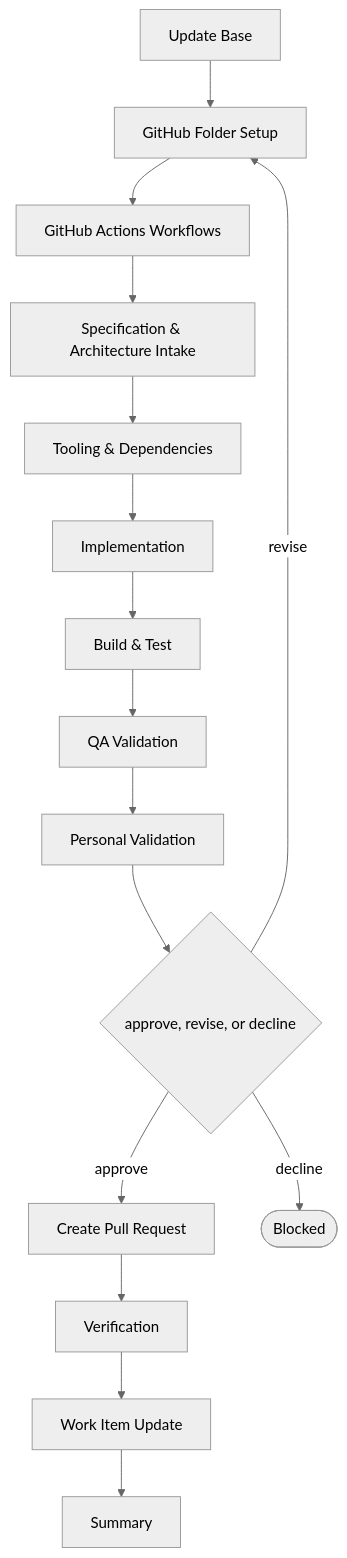
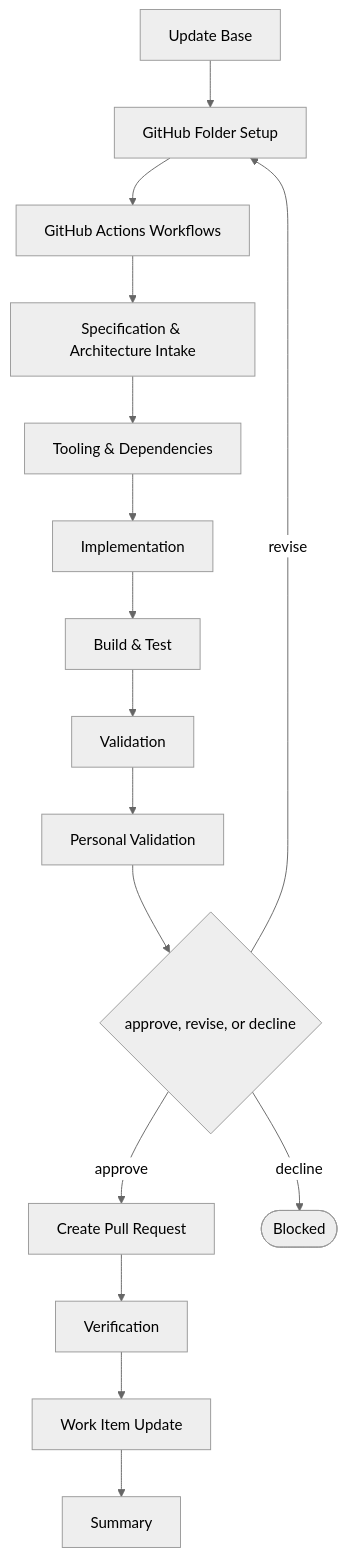
Before and after one commit to JSdotNet/devbook: the diagram in .devbook/domain/delivery/flow.flow-project.md, drawn with Mermaid (neutral theme). The commit also changed 37 other files, not shown here.

````diff
--- a/.devbook/domain/delivery/flow.flow-project.md
+++ b/.devbook/domain/delivery/flow.flow-project.md
@@ -14,32 +14,32 @@
 ```mermaid
 flowchart TD
     base["Update Base"]
     s0["GitHub Folder Setup"]
     s1["GitHub Actions Workflows"]
     s2["Specification & Architecture Intake"]
     s3["Tooling & Dependencies"]
     s4["Implementation"]
     c0["Build & Test"]
-    c1["QA Validation"]
+    c1["Validation"]
     c2["Personal Validation"]
 
     base --> s0
     s0 --> s1
     s1 --> s2
     s2 --> s3
     s3 --> s4
     s4 --> c0
     c0 --> c1
     c1 --> c2
     c2 --> g{"approve, revise, or decline"}
     t0["Create Pull Request"]
     t1["Verification"]
     t2["Work Item Update"]
     t3["Summary"]
     g -->|approve| t0
     t0 --> t1
     t1 --> t2
     t2 --> t3
     g -->|revise| s0
     g -->|decline| blocked(["Blocked"])
 ```
````
